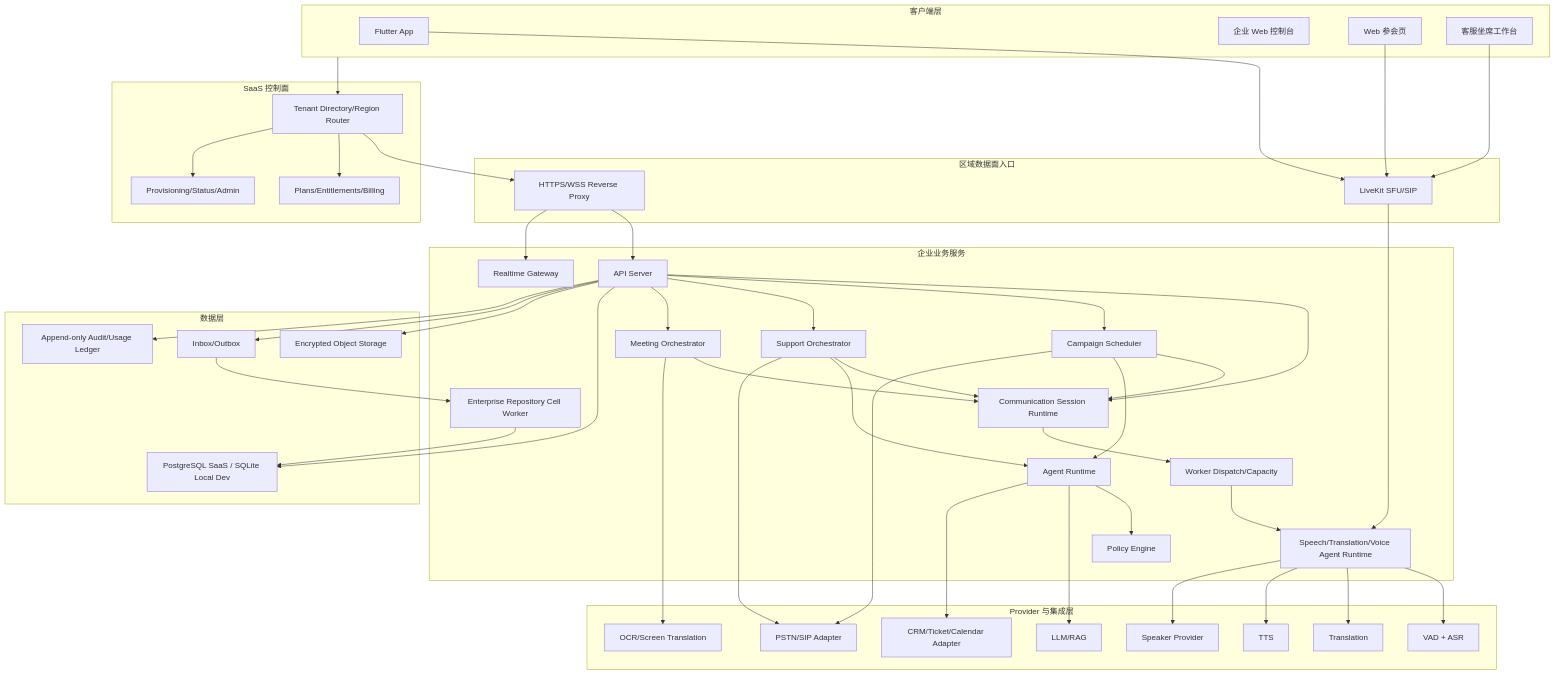
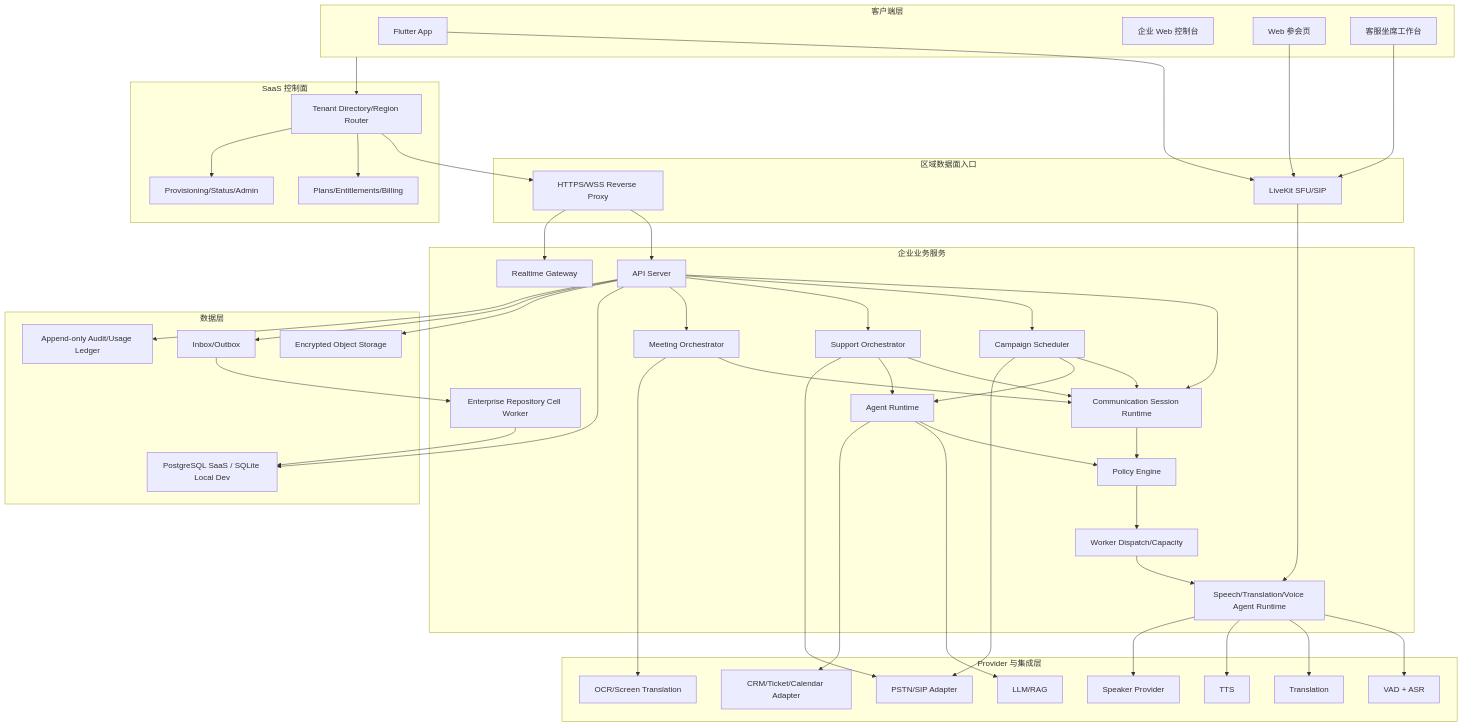
The first of 4 diagrams in docs/enterprise-edition-technical-architecture.md (xutianliang77-create/ai-phone), drawn with Mermaid before and after one commit. The commit also changed other lines of this file and 40 other files, not shown here.

```diff
--- a/docs/enterprise-edition-technical-architecture.md
+++ b/docs/enterprise-edition-technical-architecture.md
@@ -79,7 +79,8 @@
     Proxy --> Gateway
     LiveKit --> Worker
     API --> Session
-    Session --> Dispatch
+    Session --> Policy
+    Policy --> Dispatch
     Dispatch --> Worker
     API --> Campaign
     API --> Support
```
